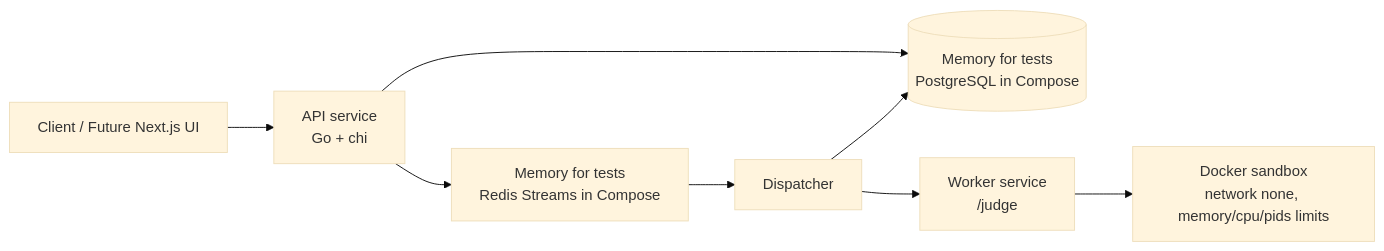
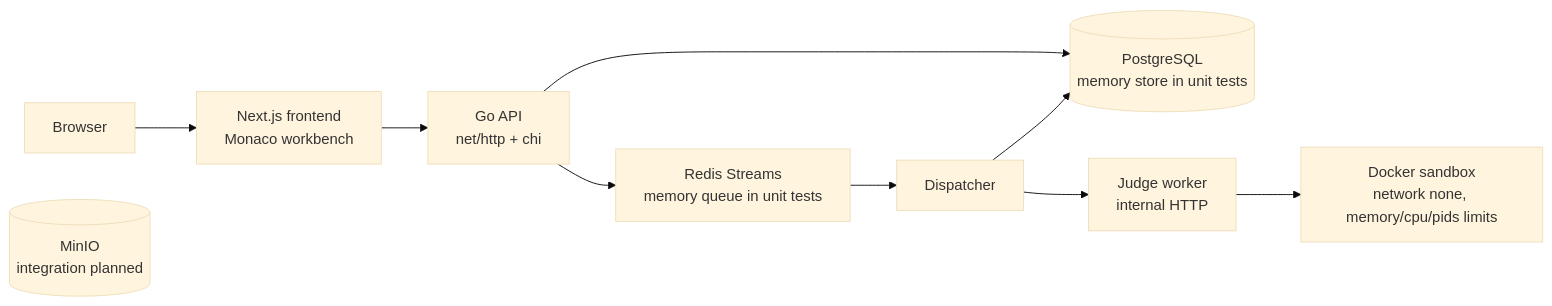
Before and after one commit to kaii9/codingJudge: the diagram in README.md, drawn with Mermaid (base theme). The commit also changed other lines of this file and 68 other files, not shown here.

First line of the commit message:
[codex] complete online judge frontend workflow (#1)

````diff
--- a/README.md
+++ b/README.md
@@ -28,10 +28,12 @@
 ```mermaid
 flowchart LR
-    Client[Client / Future Next.js UI] --> API[API service<br/>Go + chi]
-    API --> Store[(Memory for tests<br/>PostgreSQL in Compose)]
-    API --> Queue[Memory for tests<br/>Redis Streams in Compose]
+    Browser[Browser] --> Frontend[Next.js frontend<br/>Monaco workbench]
+    Frontend --> API[Go API<br/>net/http + chi]
+    API --> Store[(PostgreSQL<br/>memory store in unit tests)]
+    API --> Queue[Redis Streams<br/>memory queue in unit tests]
     Queue --> Dispatcher[Dispatcher]
-    Dispatcher --> Worker[Worker service<br/>/judge]
+    Dispatcher --> Worker[Judge worker<br/>internal HTTP]
     Worker --> Docker[Docker sandbox<br/>network none, memory/cpu/pids limits]
     Dispatcher --> Store
+    MinIO[(MinIO<br/>integration planned)]
 ```
````
